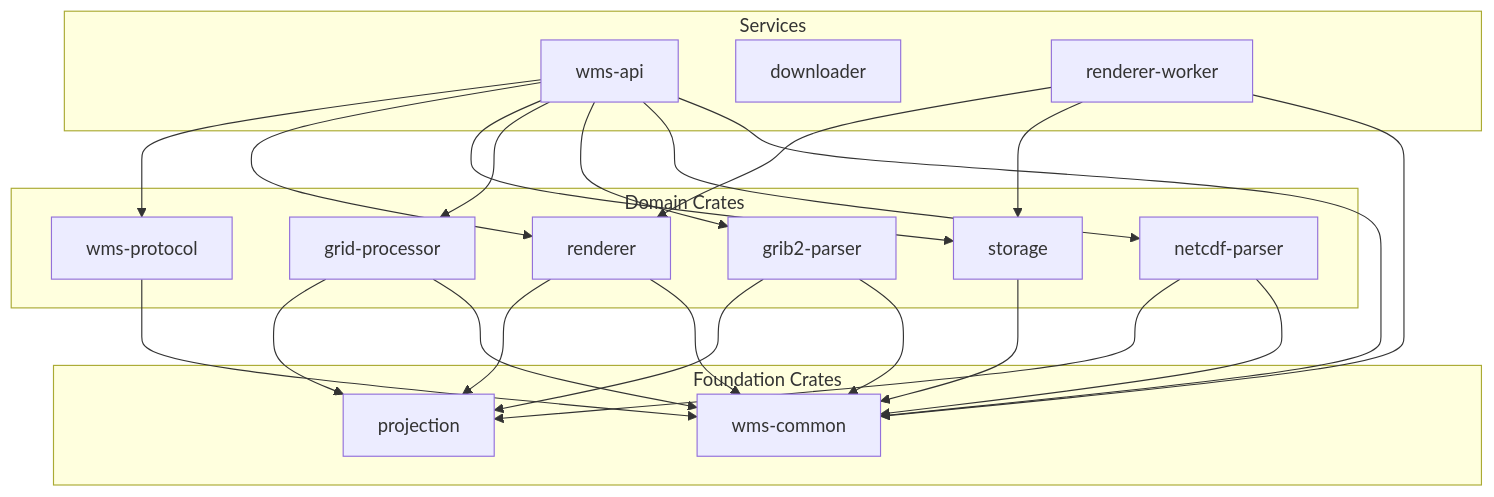
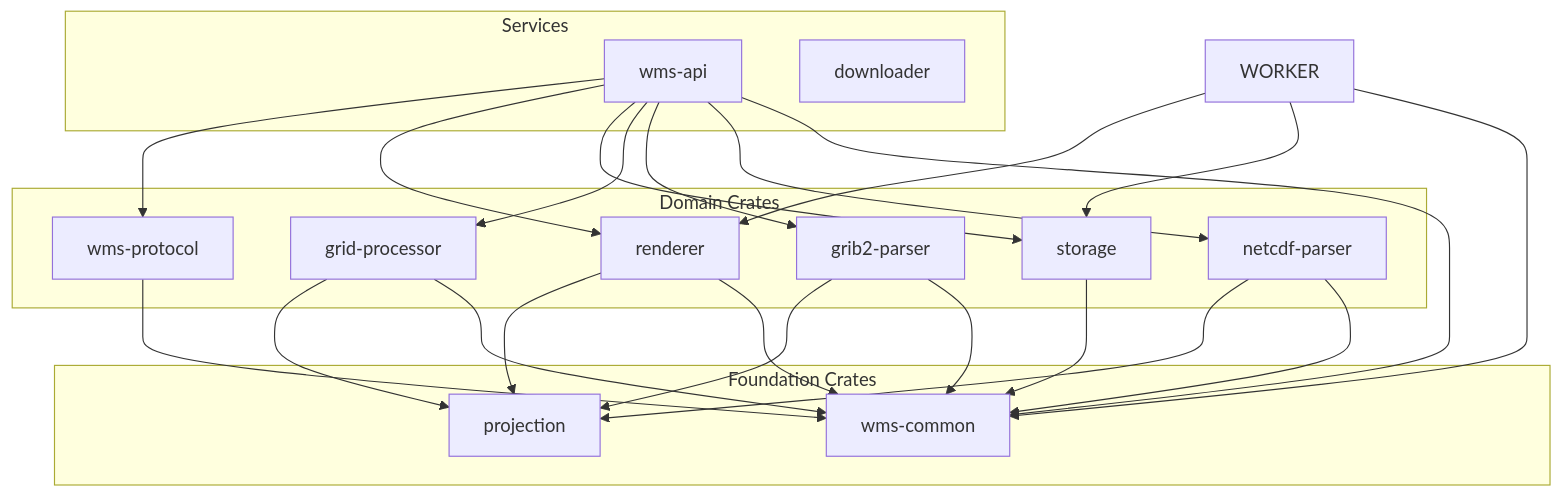
The diagram in docs/src/crates/README.md (JoegottabeGitenme/JoeGCServices), drawn with Mermaid before and after one commit. The commit also changed 31 other files, not shown here.

````diff
--- a/docs/src/crates/README.md
+++ b/docs/src/crates/README.md
@@ -7,49 +7,48 @@
 ```mermaid
 graph TB
     subgraph "Services"
         API[wms-api]
         DL[downloader]
-        WORKER[renderer-worker]
     end
     
     subgraph "Domain Crates"
         GRIB[grib2-parser]
         GRIDPROC[grid-processor]
         NETCDF[netcdf-parser]
         RENDERER[renderer]
         STORAGE[storage]
         PROTOCOL[wms-protocol]
     end
     
     subgraph "Foundation Crates"
         PROJ[projection]
         COMMON[wms-common]
     end
     
     API --> PROTOCOL
     API --> RENDERER
     API --> STORAGE
     API --> GRIDPROC
     API --> GRIB
     API --> NETCDF
     API --> COMMON
     
     WORKER --> RENDERER
     WORKER --> STORAGE
     WORKER --> COMMON
     
     GRIDPROC --> PROJ
     GRIDPROC --> COMMON
     
     RENDERER --> PROJ
     RENDERER --> COMMON
     
     GRIB --> PROJ
     GRIB --> COMMON
     
     NETCDF --> PROJ
     NETCDF --> COMMON
     
     PROTOCOL --> COMMON
     STORAGE --> COMMON
 ```
````
